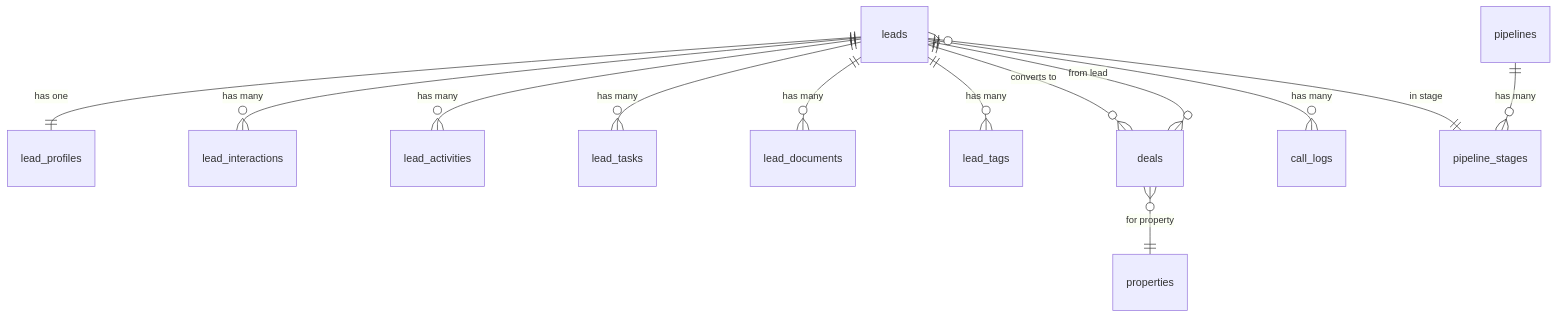
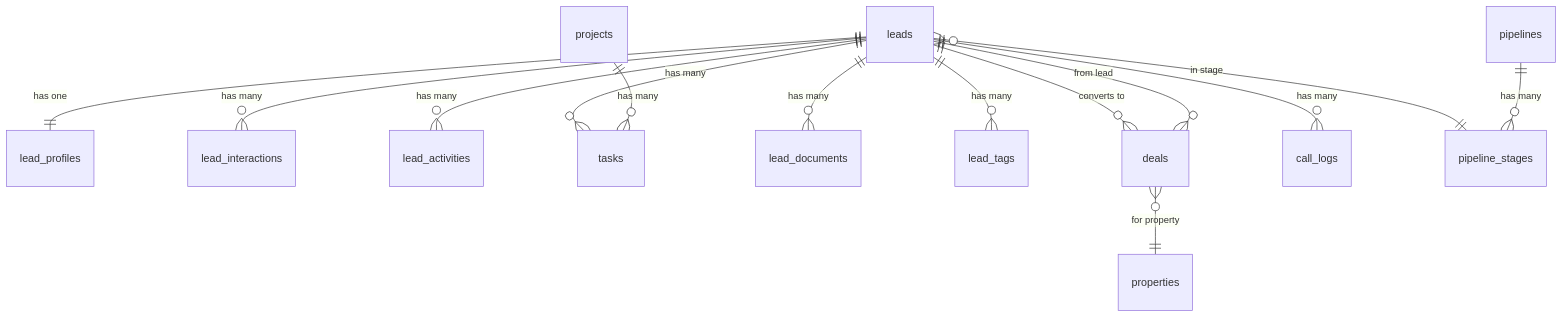
Before and after one commit to sunnyssingh/quinite-vantage: the second of 7 diagrams in database/docs/relationships.md, drawn with Mermaid. The commit also changed 26 other files, not shown here.

Commit message:
revamp: tasks and leads

````diff
--- a/database/docs/relationships.md
+++ b/database/docs/relationships.md
@@ -28,17 +28,18 @@
 ```mermaid
 erDiagram
     leads ||--|| lead_profiles : "has one"
     leads ||--o{ lead_interactions : "has many"
     leads ||--o{ lead_activities : "has many"
-    leads ||--o{ lead_tasks : "has many"
+    leads ||--o{ tasks : "has many"
+    projects ||--o{ tasks : "has many"
     leads ||--o{ lead_documents : "has many"
     leads ||--o{ lead_tags : "has many"
     leads ||--o{ deals : "converts to"
     leads ||--o{ call_logs : "has many"
     leads }o--|| pipeline_stages : "in stage"
     
     pipelines ||--o{ pipeline_stages : "has many"
     
     deals }o--|| properties : "for property"
     deals }o--|| leads : "from lead"
 ```
````
